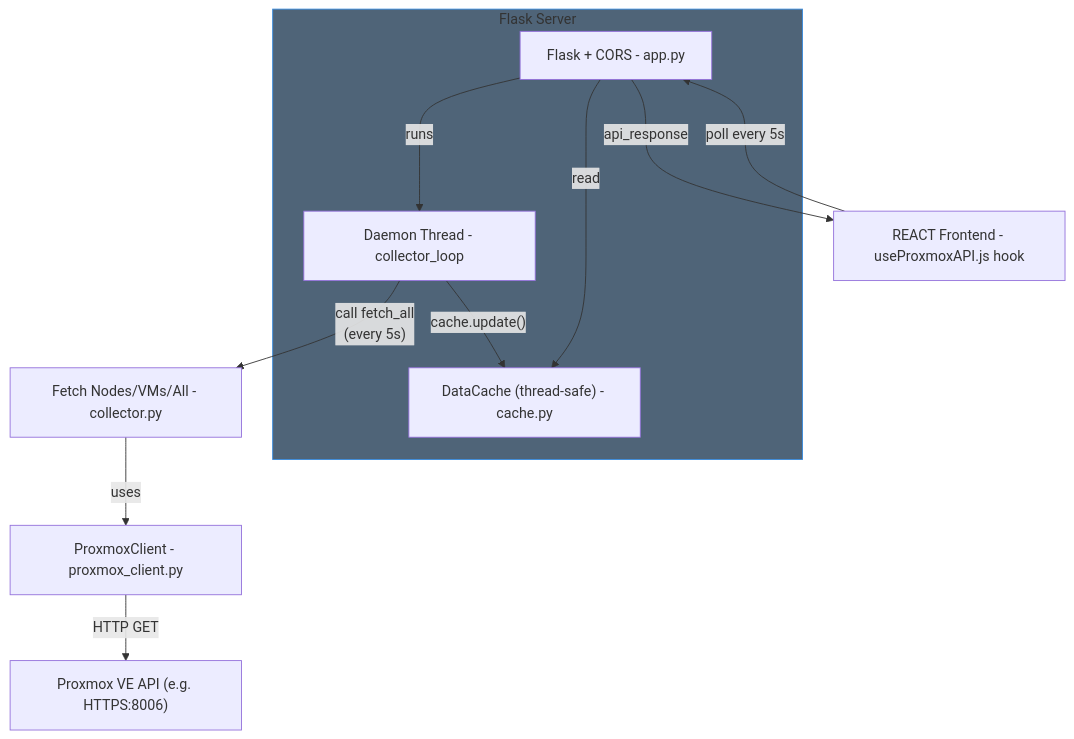
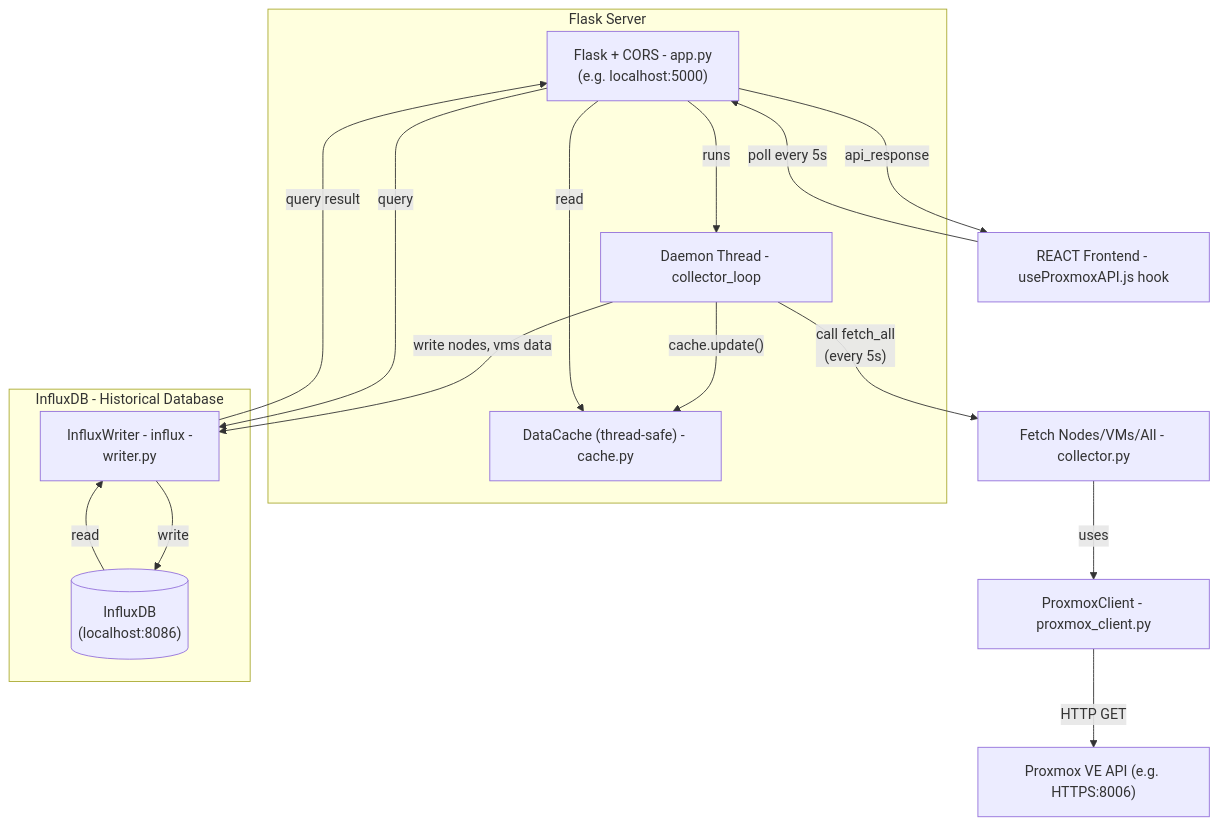
The diagram in README.md (HeLoo17/SDUL), drawn with Mermaid before and after one commit. The commit also changed 2 other files, not shown here.

Commit message:
update README on stroage flow from system into InfluxDB

````diff
--- a/README.md
+++ b/README.md
@@ -8,25 +8,32 @@
 ```mermaid
 flowchart TD
-    classDef primary fill:#4f6478,stroke:#378ADD
 
     subgraph server["Flask Server"]
-        APP["Flask + CORS - app.py"]
+        APP["Flask + CORS - app.py \n(e.g. localhost:5000)"]
         CACHE["DataCache (thread-safe) - cache.py"]
         THREAD["Daemon Thread - collector_loop"]
+    end
+    subgraph historical["InfluxDB - Historical Database"]
+        INFLUXWRITER["InfluxWriter - influx - \nwriter.py"]
+        INFLUXDB[("InfluxDB\n(localhost:8086)")]
     end
     PVE["Proxmox VE API (e.g. HTTPS:8006)"]
     CLIENT["ProxmoxClient - proxmox_client.py"]
     COLLECTOR["Fetch Nodes/VMs/All - collector.py"]
     FRONTEND["REACT Frontend - useProxmoxAPI.js hook"]
 
     COLLECTOR -- "uses" --> CLIENT -- "HTTP GET" --> PVE
     APP -- "runs" ---> THREAD
     THREAD -- "call fetch_all 
     (every 5s)" --> COLLECTOR
     THREAD -- "cache.update()" --> CACHE
     APP -- "read" --> CACHE
     FRONTEND -- "poll every 5s" ---> APP
     APP -- "api_response" ---> FRONTEND
+    INFLUXWRITER -- "write" --> INFLUXDB
+    INFLUXDB -- "read" --> INFLUXWRITER
+    THREAD -- "write nodes, vms data" --> INFLUXWRITER
+    APP -- "query" --> INFLUXWRITER
+    INFLUXWRITER -- "query result" --> APP
 
-    class server primary
 ```
````
